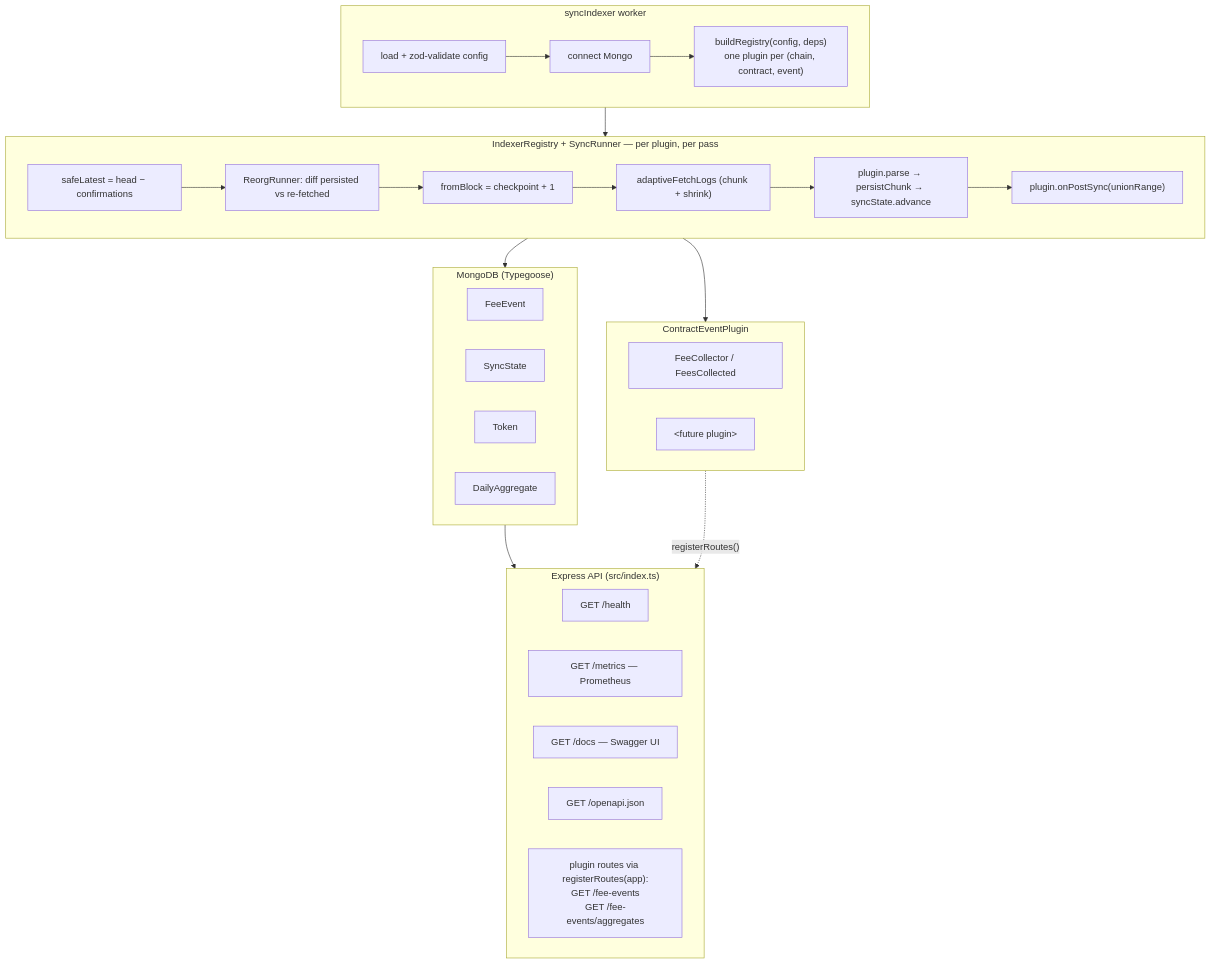
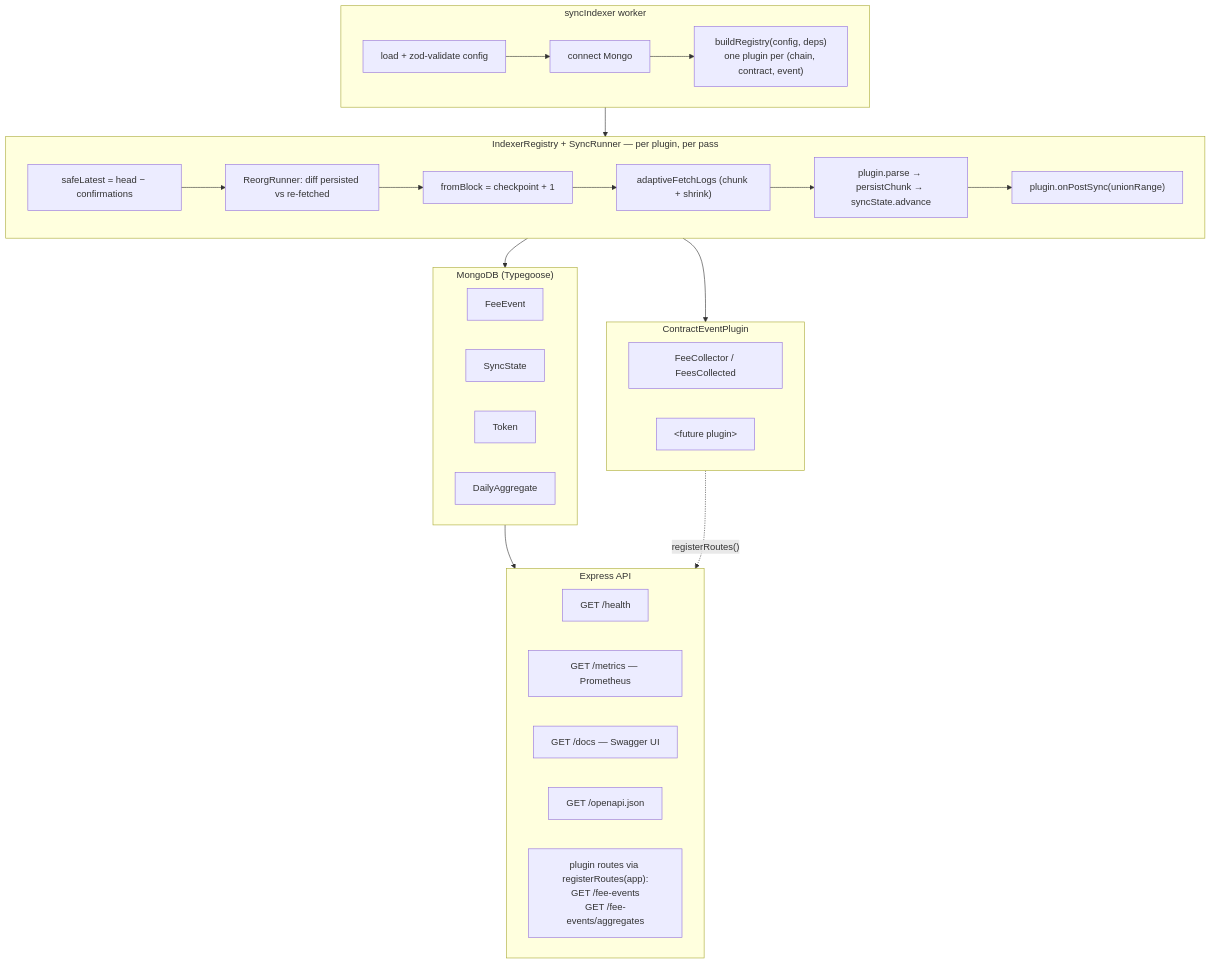
The diagram in README.md (jintukumardas/evm-indexer), drawn with Mermaid before and after one commit. The commit also changed other lines of this file and 2 other files, not shown here.

````diff
--- a/README.md
+++ b/README.md
@@ -44,47 +14,47 @@
 ```mermaid
 flowchart TB
   subgraph BOOT["syncIndexer worker"]
     B1["load + zod-validate config"]
     B2["connect Mongo"]
     B3["buildRegistry(config, deps)<br/>one plugin per (chain, contract, event)"]
     B1 --> B2 --> B3
   end
 
   subgraph ENG["IndexerRegistry + SyncRunner &mdash; per plugin, per pass"]
     E1["safeLatest = head &minus; confirmations"]
     E2["ReorgRunner: diff persisted vs re-fetched"]
     E3["fromBlock = checkpoint + 1"]
     E4["adaptiveFetchLogs (chunk + shrink)"]
     E5["plugin.parse &rarr; persistChunk &rarr; syncState.advance"]
     E6["plugin.onPostSync(unionRange)"]
     E1 --> E2 --> E3 --> E4 --> E5 --> E6
   end
 
   BOOT --> ENG
 
   subgraph PLG["ContractEventPlugin"]
     P1["FeeCollector / FeesCollected"]
     P2["#lt;future plugin#gt;"]
   end
 
   subgraph DB["MongoDB (Typegoose)"]
     D1["FeeEvent"]
     D2["SyncState"]
     D3["Token"]
     D4["DailyAggregate"]
   end
 
   ENG --> PLG
   ENG --> DB
 
-  subgraph API["Express API (src/index.ts)"]
+  subgraph API["Express API"]
     A1["GET /health"]
     A2["GET /metrics &mdash; Prometheus"]
     A3["GET /docs &mdash; Swagger UI"]
     A4["GET /openapi.json"]
     A5["plugin routes via registerRoutes(app):<br/>GET /fee-events<br/>GET /fee-events/aggregates"]
   end
 
   DB --> API
   PLG -. "registerRoutes()" .-> API
 ```
````
